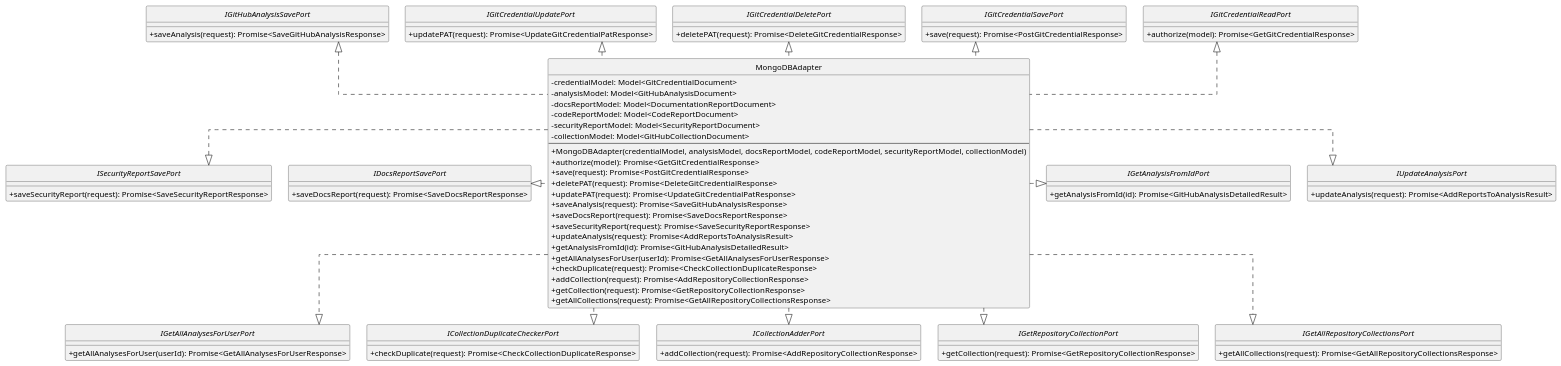
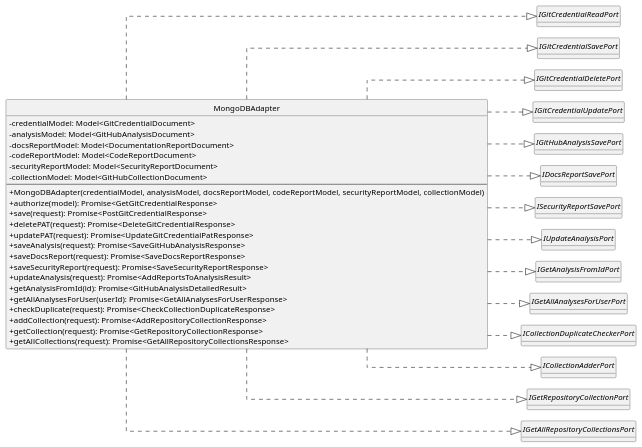
Before and after one commit to SkarabGroup/DocumentazioneProgetto: the diagram in assets/st_diagrams/code/plantuml/analysis/infrastructure/adapters/mongodb.adapter.plantuml, drawn with PlantUML. The commit also changed 2 other files, not shown here.

Commit message:
fix diagram mongoadapter

```diff
--- a/assets/st_diagrams/code/plantuml/analysis/infrastructure/adapters/mongodb.adapter.plantuml
+++ b/assets/st_diagrams/code/plantuml/analysis/infrastructure/adapters/mongodb.adapter.plantuml
@@ -1,91 +1,69 @@
 @startuml MongoDBAdapter
 skinparam componentStyle uml2.5
+' ECCO LA MAGIA: Sviluppa da sinistra a destra
 skinparam linetype ortho
-skinparam nodesep 30
-skinparam ranksep 30
+left to right direction 
+' Riduciamo un po' lo spazio verticale tra i nodini per non farlo diventare troppo alto
+skinparam nodesep 20 
+skinparam ranksep 60
 skinparam ClassAttributeIconSize 0
 hide circles
+hide interface methods
 
-interface IGitCredentialReadPort { 
-    + authorize(model): Promise<GetGitCredentialResponse>
-     }
-interface IGitCredentialSavePort { 
-    + save(request): Promise<PostGitCredentialResponse> 
-    }
-interface IGitCredentialDeletePort { 
-    + deletePAT(request): Promise<DeleteGitCredentialResponse> 
-    }
-interface IGitCredentialUpdatePort { 
-    + updatePAT(request): Promise<UpdateGitCredentialPatResponse> 
-    }
-interface IGitHubAnalysisSavePort { 
-    + saveAnalysis(request): Promise<SaveGitHubAnalysisResponse> 
-    }
-interface IDocsReportSavePort {
-     + saveDocsReport(request): Promise<SaveDocsReportResponse> 
-     }
-interface ISecurityReportSavePort { 
-    + saveSecurityReport(request): Promise<SaveSecurityReportResponse> 
-    }
-interface IUpdateAnalysisPort { 
-    + updateAnalysis(request): Promise<AddReportsToAnalysisResult> 
-    }
-interface IGetAnalysisFromIdPort { 
-    + getAnalysisFromId(id): Promise<GitHubAnalysisDetailedResult> 
-    }
-interface IGetAllAnalysesForUserPort { 
-    + getAllAnalysesForUser(userId): Promise<GetAllAnalysesForUserResponse> 
-    }
-interface ICollectionDuplicateCheckerPort { 
-    + checkDuplicate(request): Promise<CheckCollectionDuplicateResponse> 
-    }
-interface ICollectionAdderPort { 
-    + addCollection(request): Promise<AddRepositoryCollectionResponse> 
-    }
-interface IGetRepositoryCollectionPort { 
-    + getCollection(request): Promise<GetRepositoryCollectionResponse> 
-    }
-interface IGetAllRepositoryCollectionsPort { 
-    + getAllCollections(request): Promise<GetAllRepositoryCollectionsResponse> 
-    }
+interface IGitCredentialReadPort
+interface IGitCredentialSavePort
+interface IGitCredentialDeletePort
+interface IGitCredentialUpdatePort
+interface IGitHubAnalysisSavePort
+interface IDocsReportSavePort
+interface ISecurityReportSavePort
+interface IUpdateAnalysisPort
+interface IGetAnalysisFromIdPort
+interface IGetAllAnalysesForUserPort
+interface ICollectionDuplicateCheckerPort
+interface ICollectionAdderPort
+interface IGetRepositoryCollectionPort
+interface IGetAllRepositoryCollectionsPort
 
 class MongoDBAdapter {
     - credentialModel: Model<GitCredentialDocument>
     - analysisModel: Model<GitHubAnalysisDocument>
     - docsReportModel: Model<DocumentationReportDocument>
     - codeReportModel: Model<CodeReportDocument>
     - securityReportModel: Model<SecurityReportDocument>
     - collectionModel: Model<GitHubCollectionDocument>
     ---
     + MongoDBAdapter(credentialModel, analysisModel, docsReportModel, codeReportModel, securityReportModel, collectionModel)
     + authorize(model): Promise<GetGitCredentialResponse>
     + save(request): Promise<PostGitCredentialResponse>
     + deletePAT(request): Promise<DeleteGitCredentialResponse>
     + updatePAT(request): Promise<UpdateGitCredentialPatResponse>
     + saveAnalysis(request): Promise<SaveGitHubAnalysisResponse>
     + saveDocsReport(request): Promise<SaveDocsReportResponse>
     + saveSecurityReport(request): Promise<SaveSecurityReportResponse>
     + updateAnalysis(request): Promise<AddReportsToAnalysisResult>
     + getAnalysisFromId(id): Promise<GitHubAnalysisDetailedResult>
     + getAllAnalysesForUser(userId): Promise<GetAllAnalysesForUserResponse>
     + checkDuplicate(request): Promise<CheckCollectionDuplicateResponse>
     + addCollection(request): Promise<AddRepositoryCollectionResponse>
     + getCollection(request): Promise<GetRepositoryCollectionResponse>
     + getAllCollections(request): Promise<GetAllRepositoryCollectionsResponse>
 }
 
-MongoDBAdapter ..up|> IGitCredentialReadPort
-MongoDBAdapter ..up|> IGitCredentialSavePort
-MongoDBAdapter ..up|> IGitCredentialDeletePort
-MongoDBAdapter ..up|> IGitCredentialUpdatePort
-MongoDBAdapter ..up|> IGitHubAnalysisSavePort
-MongoDBAdapter ..left|> IDocsReportSavePort
-MongoDBAdapter ..left|> ISecurityReportSavePort
-MongoDBAdapter ..right|> IUpdateAnalysisPort
-MongoDBAdapter ..right|> IGetAnalysisFromIdPort
+MongoDBAdapter ..|> IGitCredentialReadPort
+MongoDBAdapter ..|> IGitCredentialSavePort
+MongoDBAdapter ..|> IGitCredentialDeletePort
+MongoDBAdapter ..|> IGitCredentialUpdatePort
+MongoDBAdapter ..|> IGitHubAnalysisSavePort
+MongoDBAdapter ..|> IDocsReportSavePort
+MongoDBAdapter ..|> ISecurityReportSavePort
+
+
+MongoDBAdapter ..|> IUpdateAnalysisPort
+MongoDBAdapter ..|> IGetAnalysisFromIdPort
 MongoDBAdapter ..|> IGetAllAnalysesForUserPort
 MongoDBAdapter ..|> ICollectionDuplicateCheckerPort
 MongoDBAdapter ..|> ICollectionAdderPort
 MongoDBAdapter ..|> IGetRepositoryCollectionPort
 MongoDBAdapter ..|> IGetAllRepositoryCollectionsPort
 @enduml
```
